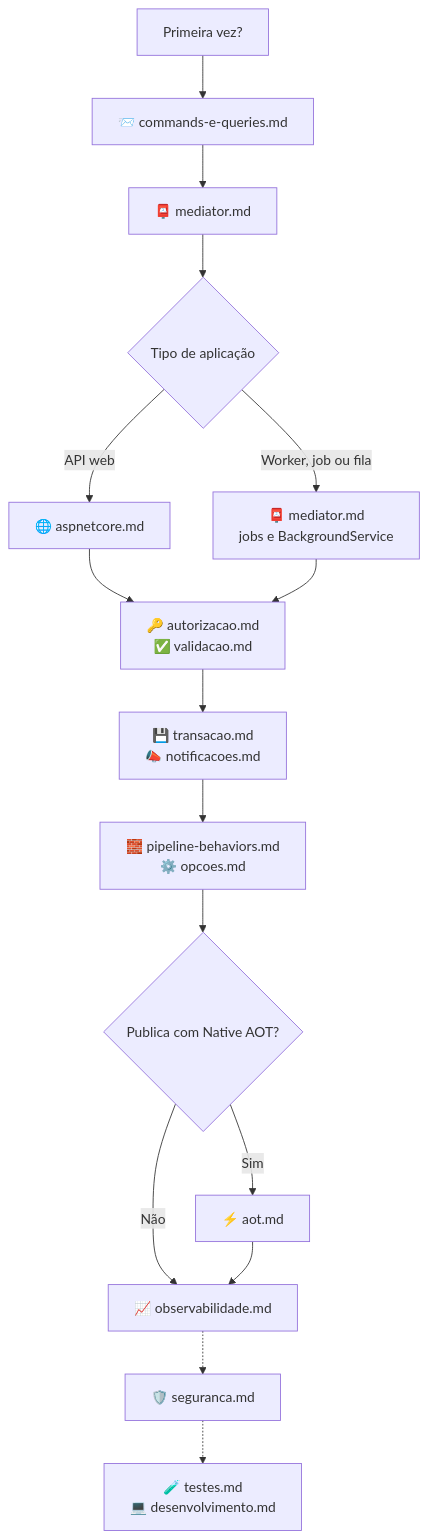
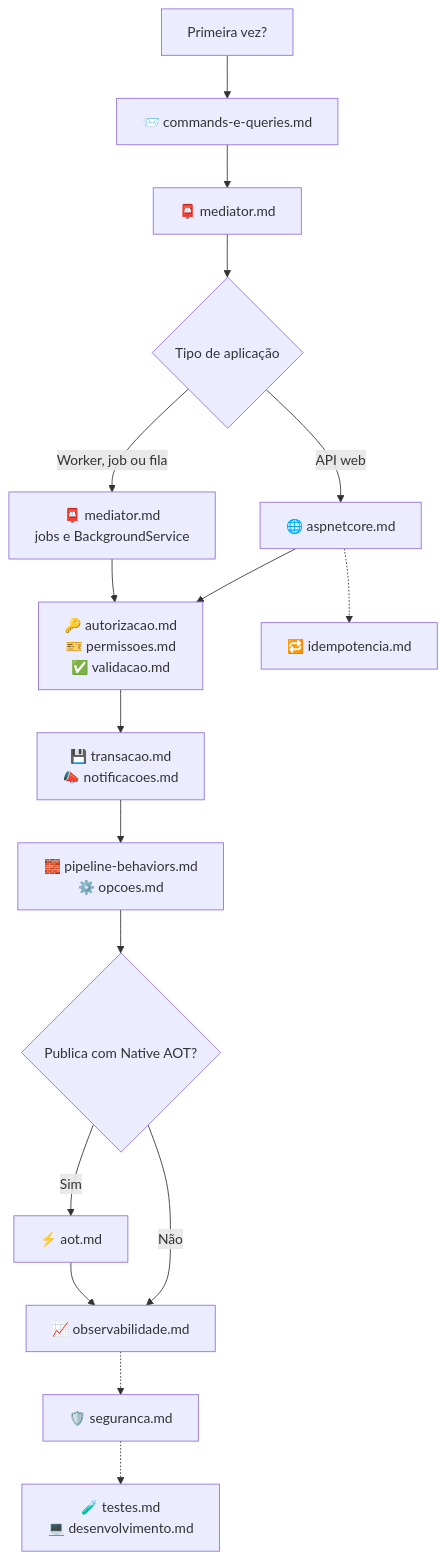
One commit to tudoemcodigo/lib-tec-cqrs changed the diagram in docs/README.md. Above: the diagram before and after it, drawn with Mermaid. The commit also changed other lines of this file and 28 other files, not shown here.

````diff
--- a/docs/README.md
+++ b/docs/README.md
@@ -41,18 +43,19 @@
 ```mermaid
 flowchart TD
     A["Primeira vez?"] --> B["📨 commands-e-queries.md"]
     B --> M["📮 mediator.md"]
     M --> D{"Tipo de aplicação"}
     D -->|"API web"| E["🌐 aspnetcore.md"]
     D -->|"Worker, job ou fila"| F["📮 mediator.md<br/>jobs e BackgroundService"]
-    E --> G["🔑 autorizacao.md<br/>✅ validacao.md"]
+    E --> G["🔑 autorizacao.md<br/>🎫 permissoes.md<br/>✅ validacao.md"]
+    E -.-> ID["🔁 idempotencia.md"]
     F --> G
     G --> H["💾 transacao.md<br/>📣 notificacoes.md"]
     H --> P["🧱 pipeline-behaviors.md<br/>⚙️ opcoes.md"]
     P --> I{"Publica com Native AOT?"}
     I -->|"Sim"| J["⚡ aot.md"]
     I -->|"Não"| K["📈 observabilidade.md"]
     J --> K
     K -.-> S["🛡️ seguranca.md"]
     S -.-> T["🧪 testes.md<br/>💻 desenvolvimento.md"]
 ```
````
